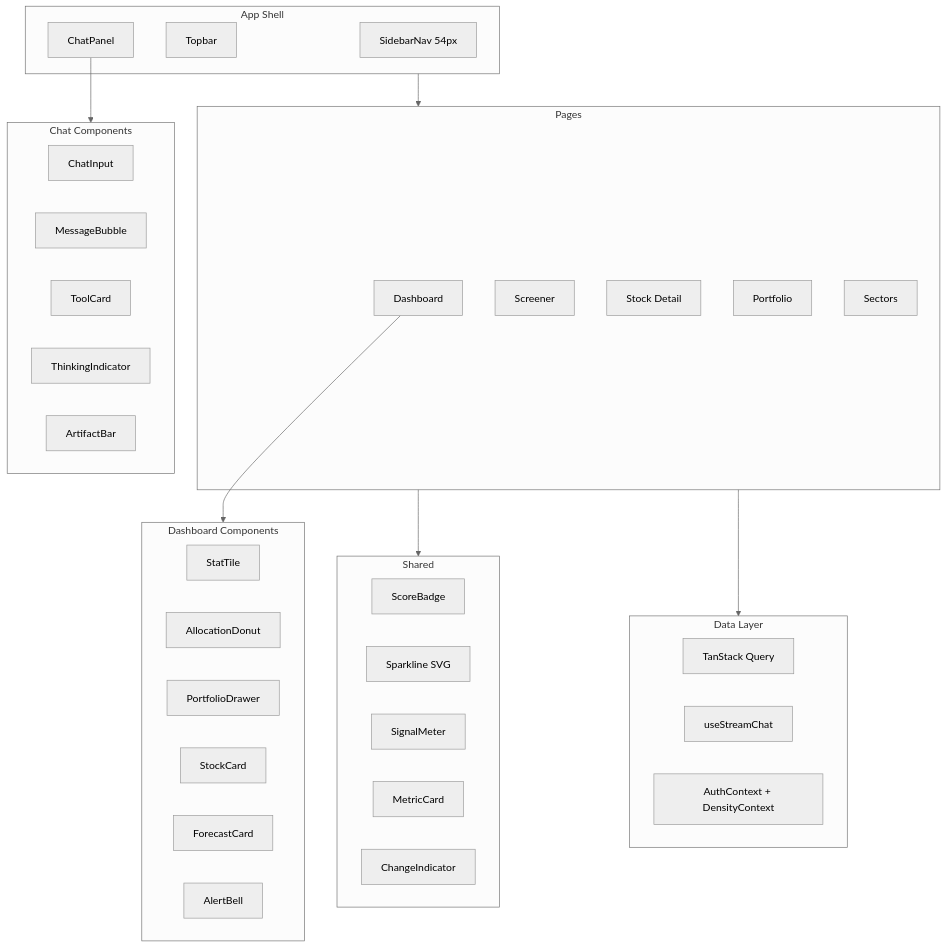
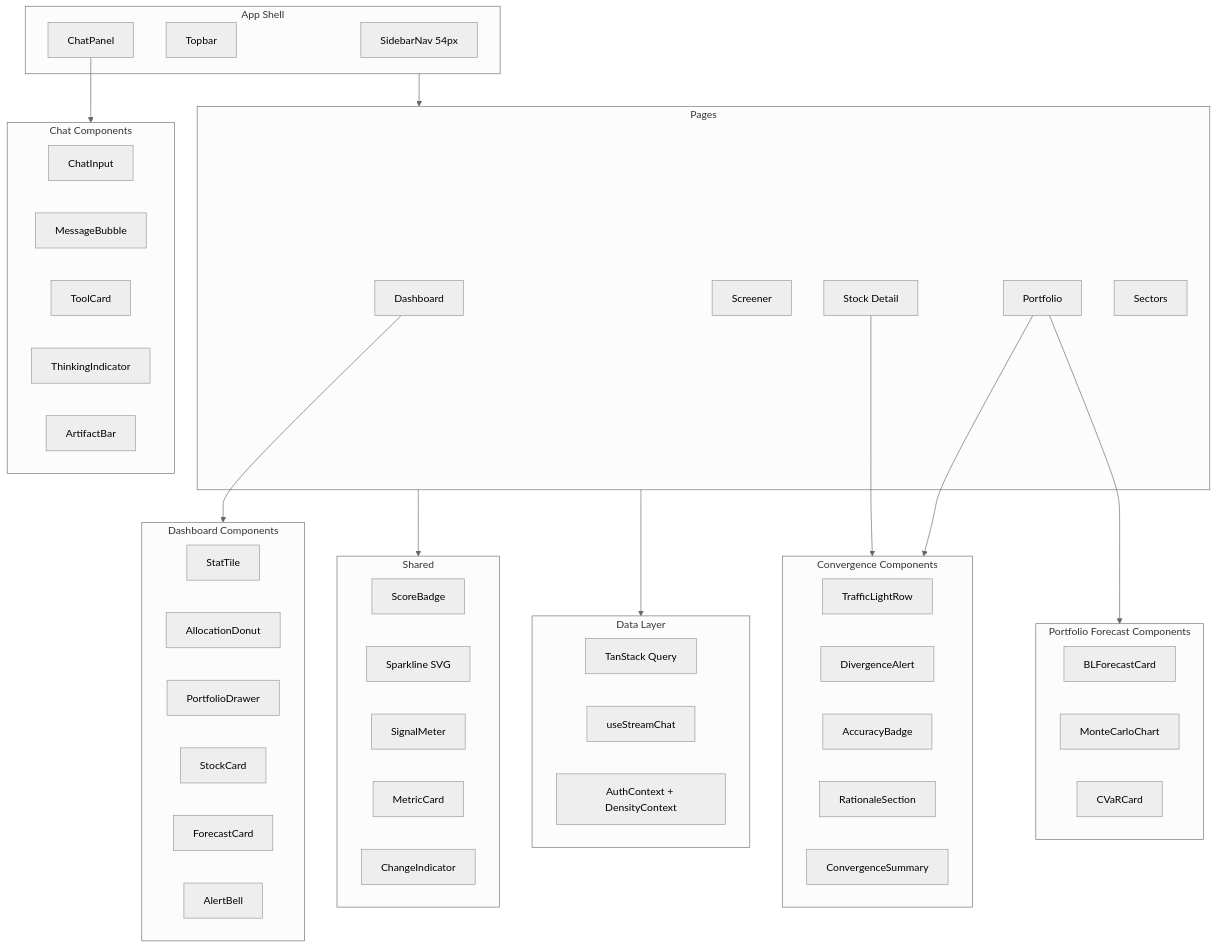
Before and after one commit to vipulbhatia29/stock-signal-platform: the fifth of 8 diagrams in docs/TDD.md, drawn with Mermaid (neutral theme). The commit also changed other lines of this file, not shown here.

First line of the commit message:
docs: TDD architectural review — observability, admin, celery, OAuth, frontend

````diff
--- a/docs/TDD.md
+++ b/docs/TDD.md
@@ -1570,53 +1648,70 @@
 ```mermaid
 graph TD
     subgraph Shell["App Shell"]
         SN["SidebarNav 54px"]
         TB["Topbar"]
         CP["ChatPanel"]
     end
 
     subgraph Pages["Pages"]
         DASH["Dashboard"]
         SCRN["Screener"]
         DETAIL["Stock Detail"]
         PORT["Portfolio"]
         SECT["Sectors"]
     end
 
     subgraph DashComp["Dashboard Components"]
         ST["StatTile"]
         AD["AllocationDonut"]
         PD["PortfolioDrawer"]
         SC["StockCard"]
         FC["ForecastCard"]
         AB["AlertBell"]
+    end
+
+    subgraph ConvComp["Convergence Components"]
+        TLR["TrafficLightRow"]
+        DA["DivergenceAlert"]
+        ABG["AccuracyBadge"]
+        RS["RationaleSection"]
+        CS["ConvergenceSummary"]
+    end
+
+    subgraph PortFComp["Portfolio Forecast Components"]
+        BLC["BLForecastCard"]
+        MCC["MonteCarloChart"]
+        CVAR["CVaRCard"]
     end
 
     subgraph ChatComp["Chat Components"]
         CI["ChatInput"]
         MB["MessageBubble"]
         TC["ToolCard"]
         TI["ThinkingIndicator"]
         ART["ArtifactBar"]
     end
 
     subgraph Shared["Shared"]
         SB["ScoreBadge"]
         SP["Sparkline SVG"]
         SM["SignalMeter"]
         MC["MetricCard"]
         CHI["ChangeIndicator"]
     end
 
     subgraph Data["Data Layer"]
         TQ["TanStack Query"]
         SC_HOOK["useStreamChat"]
         CTX["AuthContext + DensityContext"]
     end
 
     Shell --> Pages
     DASH --> DashComp
+    DETAIL --> ConvComp
+    PORT --> PortFComp
+    PORT --> ConvComp
     CP --> ChatComp
     Pages --> Shared
     Pages --> Data
 ```
````
